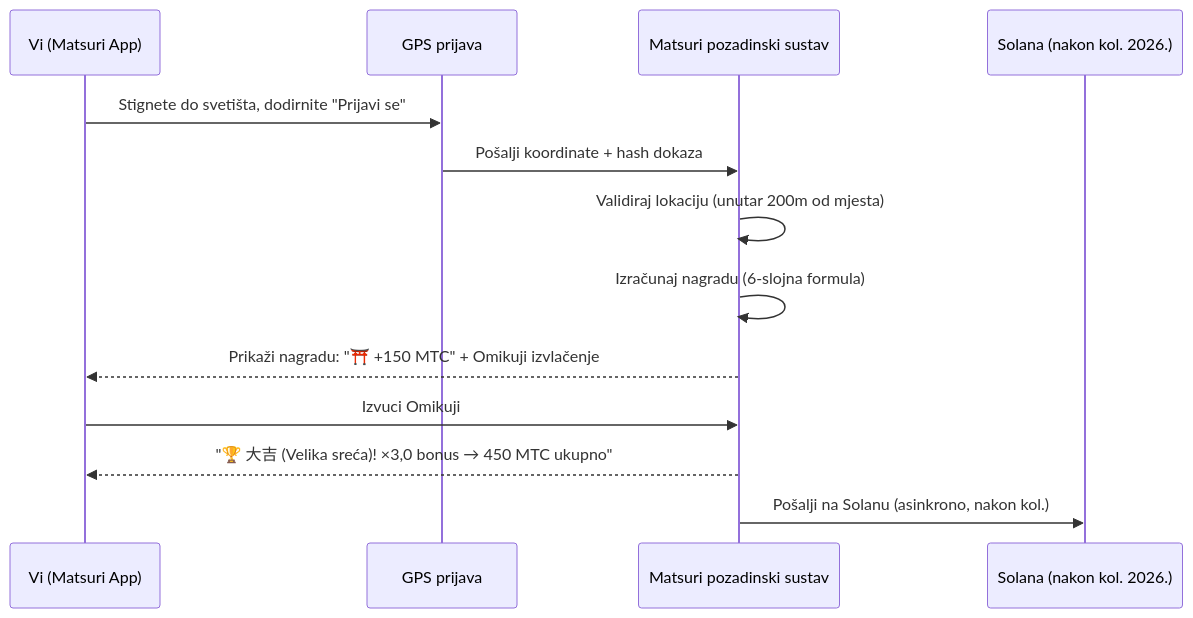
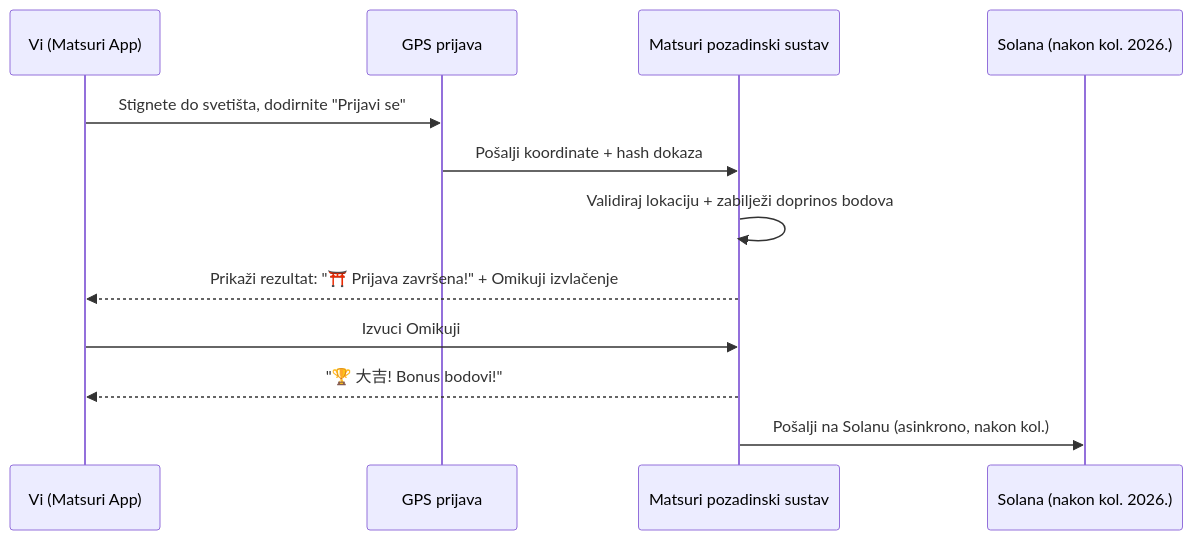
One commit to Cootakahashi/matsuri-dao-whitepaper changed the second of 3 diagrams in i18n/hr/docusaurus-plugin-content-docs/current/04b-how-to-earn.md. Above: the diagram before and after it, drawn with Mermaid. The commit also changed other lines of this file and 51 other files, not shown here.

````diff
--- a/i18n/hr/docusaurus-plugin-content-docs/current/04b-how-to-earn.md
+++ b/i18n/hr/docusaurus-plugin-content-docs/current/04b-how-to-earn.md
@@ -76,16 +76,15 @@
 ```mermaid
 sequenceDiagram
     participant U as Vi (Matsuri App)
     participant GPS as GPS prijava
     participant API as Matsuri pozadinski sustav
     participant SC as Solana (nakon kol. 2026.)
 
     U->>GPS: Stignete do svetišta, dodirnite "Prijavi se"
     GPS->>API: Pošalji koordinate + hash dokaza
-    API->>API: Validiraj lokaciju (unutar 200m od mjesta)
-    API->>API: Izračunaj nagradu (6-slojna formula)
-    API-->>U: Prikaži nagradu: "⛩️ +150 MTC" + Omikuji izvlačenje
+    API->>API: Validiraj lokaciju + zabilježi doprinos bodova
+    API-->>U: Prikaži rezultat: "⛩️ Prijava završena!" + Omikuji izvlačenje
     U->>API: Izvuci Omikuji
-    API-->>U: "🏆 大吉 (Velika sreća)! ×3,0 bonus → 450 MTC ukupno"
+    API-->>U: "🏆 大吉! Bonus bodovi!"
     API->>SC: Pošalji na Solanu (asinkrono, nakon kol.)
 ```
````
